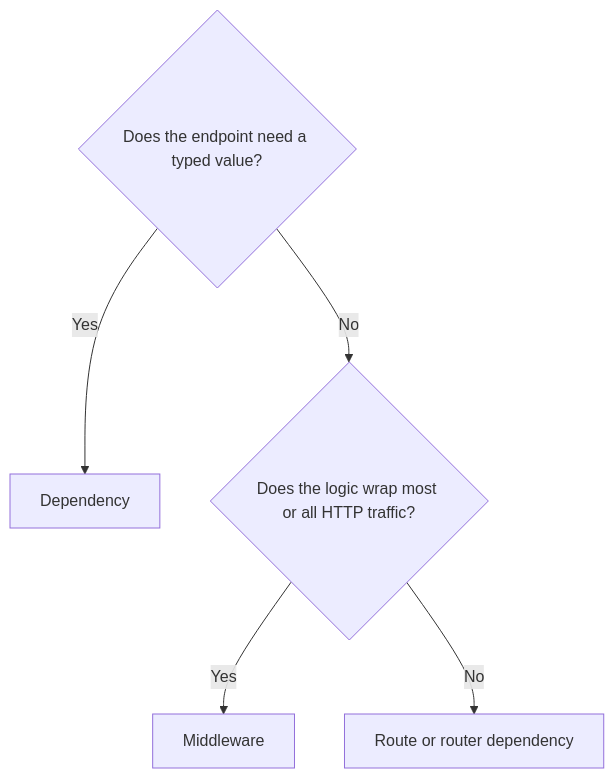
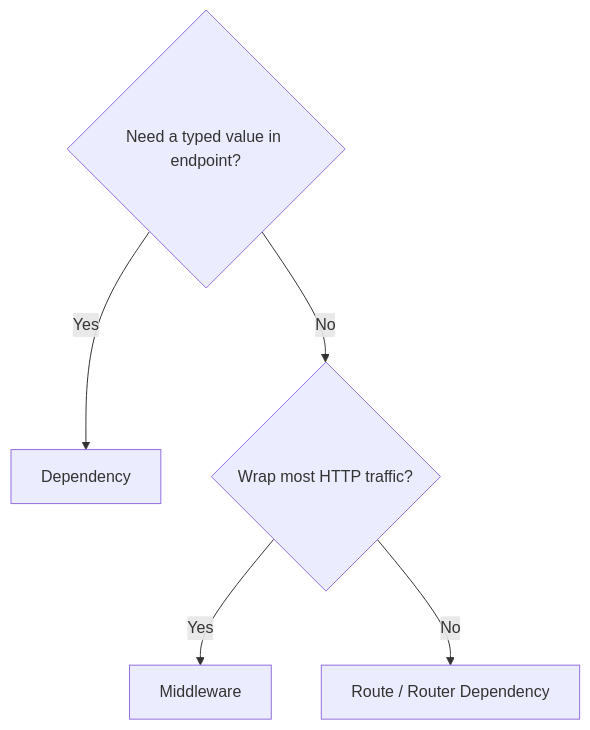
One commit to AvadhBhalodiya/Interview-Preparation changed the seventh of 11 diagrams in src/content/fastapi/dependency-injection-depends.md. Above: the diagram before and after it, drawn with Mermaid. The commit also changed other lines of this file and 80 other files, not shown here.

````diff
--- a/src/content/fastapi/dependency-injection-depends.md
+++ b/src/content/fastapi/dependency-injection-depends.md
@@ -1009,7 +583,8 @@
 ```mermaid
 flowchart TD
-    A{"Does the endpoint need a typed value?"} -->|Yes| B[Dependency]
-    A -->|No| C{"Does the logic wrap most or all HTTP traffic?"}
+    A{Need a typed value in endpoint?}
+    A -->|Yes| B[Dependency]
+    A -->|No| C{Wrap most HTTP traffic?}
     C -->|Yes| D[Middleware]
-    C -->|No| E["Route or router dependency"]
+    C -->|No| E[Route / Router Dependency]
 ```
````
